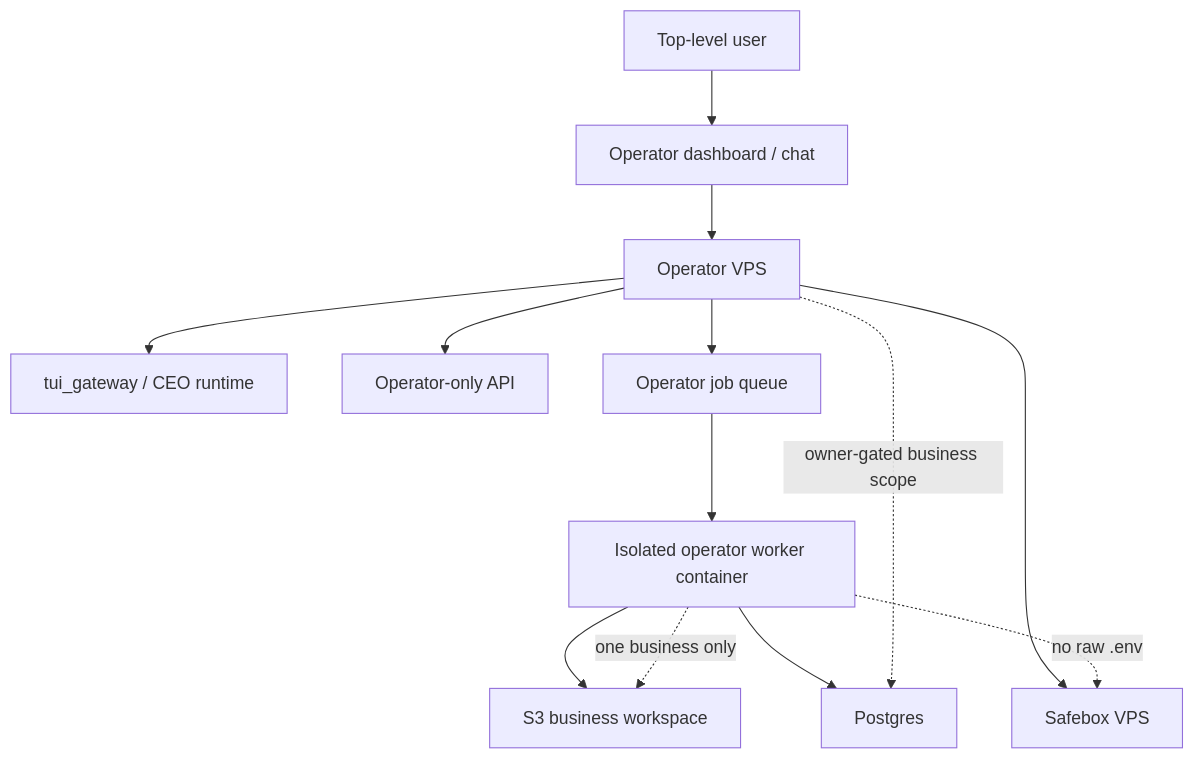
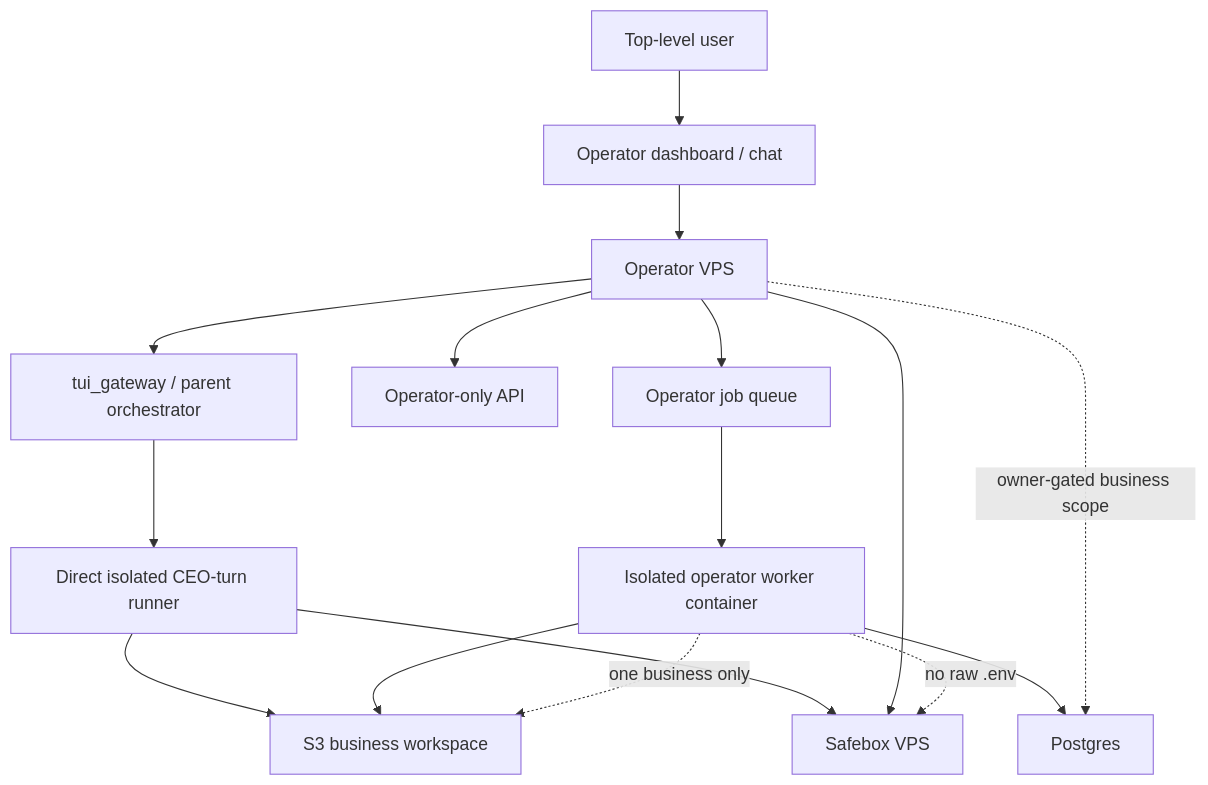
One commit to zhuangjoshua/meta-rl-loop changed the second of 4 diagrams in SAFETY_PLAN.md. Above: the diagram before and after it, drawn with Mermaid. The commit also changed other lines of this file and 3 other files, not shown here.

````diff
--- a/SAFETY_PLAN.md
+++ b/SAFETY_PLAN.md
@@ -368,15 +376,18 @@
 ```mermaid
 flowchart TD
     TU["Top-level user"] --> OWEB["Operator dashboard / chat"]
     OWEB --> OVPS["Operator VPS"]
-    OVPS --> TG["tui_gateway / CEO runtime"]
+    OVPS --> TG["tui_gateway / parent orchestrator"]
     OVPS --> OAPI["Operator-only API"]
     OVPS --> JQ["Operator job queue"]
+    TG --> TURN["Direct isolated CEO-turn runner"]
+    TURN --> S3["One business scratch workspace"]
+    TURN --> SB["Safebox VPS"]
     JQ --> OWORK["Isolated operator worker container"]
     OWORK --> S3["S3 business workspace"]
     OWORK --> PG["Postgres"]
     OVPS --> SB["Safebox VPS"]
     OWORK -. "no raw .env" .-> SB
     OWORK -. "one business only" .-> S3
     OVPS -. "owner-gated business scope" .-> PG
 ```
````
